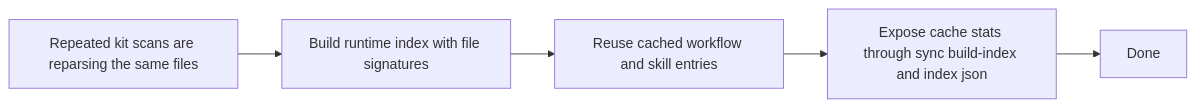
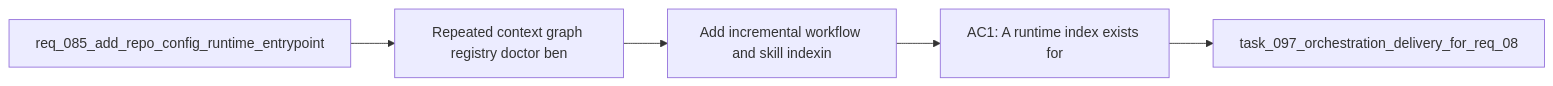
One commit to AlexAgo83/logics-manager changed the diagram in logics/backlog/item_132_add_incremental_workflow_and_skill_indexing_for_repeated_kit_operations.md. Above: the diagram before and after it, drawn with Mermaid. The commit also changed 481 other files, not shown here.

````diff
--- a/logics/backlog/item_132_add_incremental_workflow_and_skill_indexing_for_repeated_kit_operations.md
+++ b/logics/backlog/item_132_add_incremental_workflow_and_skill_indexing_for_repeated_kit_operations.md
@@ -25,9 +25,9 @@
 ```mermaid
 %% logics-kind: backlog
 %% logics-signature: backlog|add-incremental-workflow-and-skill-index|req-085-add-repo-config-runtime-entrypoi|repeated-context-graph-registry-doctor-b|ac1-a-runtime-index-exists-for
 flowchart LR
-    Need[Repeated kit scans are reparsing the same files] --> Index[Build runtime index with file signatures]
-    Index --> Reuse[Reuse cached workflow and skill entries]
-    Reuse --> Inspect[Expose cache stats through sync build-index and index json]
-    Inspect --> Done[Done]
+    Request[req_085_add_repo_config_runtime_entrypoint] --> Problem[Repeated context graph registry doctor ben]
+    Problem --> Scope[Add incremental workflow and skill indexin]
+    Scope --> Acceptance[AC1: A runtime index exists for]
+    Acceptance --> Tasks[task_097_orchestration_delivery_for_req_08]
 ```
````
